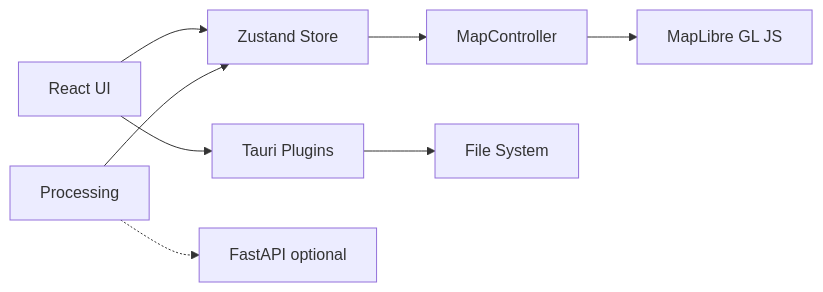
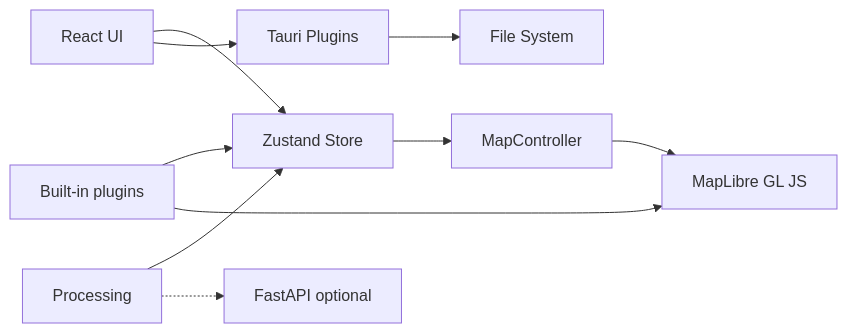
The diagram in docs/architecture.md (opengeos/GeoLibre), drawn with Mermaid before and after one commit. The commit also changed other lines of this file and 6 other files, not shown here.

````diff
--- a/docs/architecture.md
+++ b/docs/architecture.md
@@ -7,10 +7,12 @@
 ```mermaid
 flowchart LR
   UI[React UI] --> Store[Zustand Store]
   Store --> MapPkg[MapController]
   MapPkg --> ML[MapLibre GL JS]
+  Plugins[Built-in plugins] --> Store
+  Plugins --> ML
   UI --> Tauri[Tauri Plugins]
   Tauri --> FS[File System]
   Proc[Processing] --> Store
   Proc -.-> Sidecar[FastAPI optional]
 ```
````
